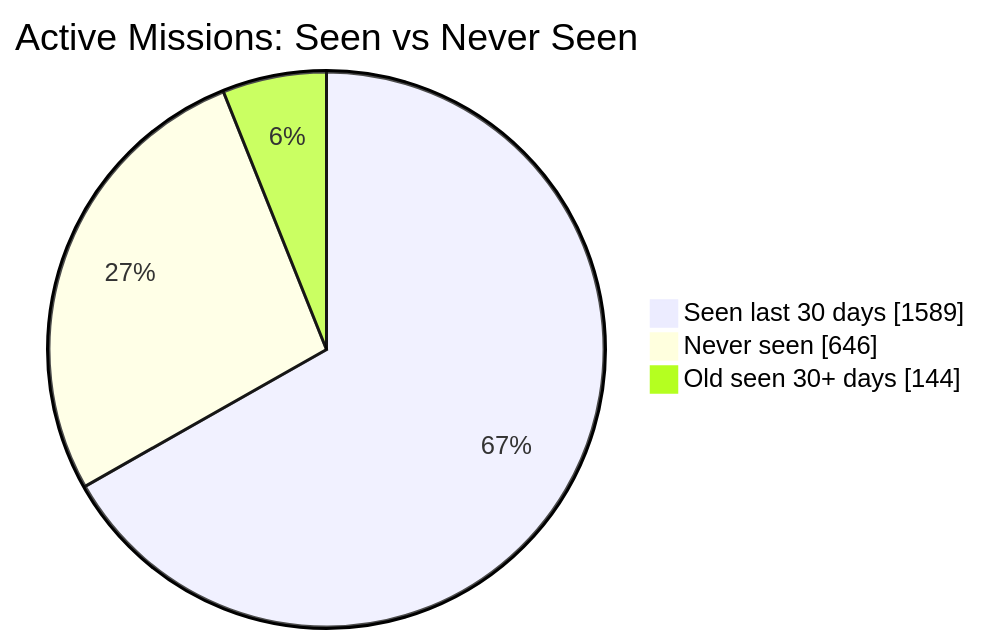
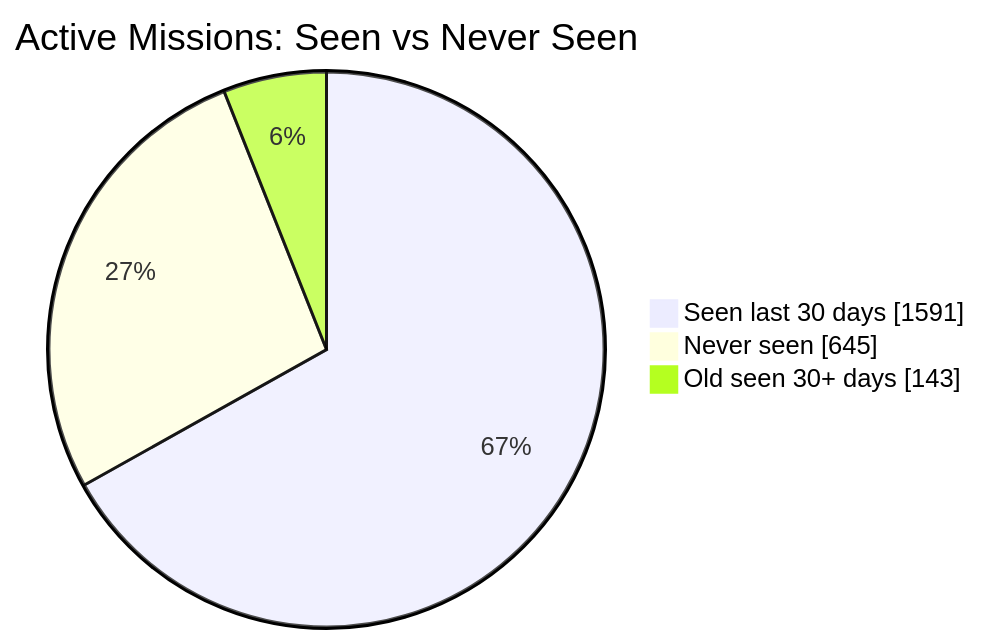
Before and after one commit to MeldkamerspelGameTeam/active-missions: the first of 2 diagrams in README.md, drawn with Mermaid. The commit also changed other lines of this file and 3 other files, not shown here.

````diff
--- a/README.md
+++ b/README.md
@@ -34,7 +34,7 @@
 ```mermaid
 pie showData
     title Active Missions: Seen vs Never Seen
-    "Seen last 30 days" : 1589
-    "Never seen" : 646
-    "Old seen 30+ days" : 144
+    "Seen last 30 days" : 1591
+    "Never seen" : 645
+    "Old seen 30+ days" : 143
 ```
````
